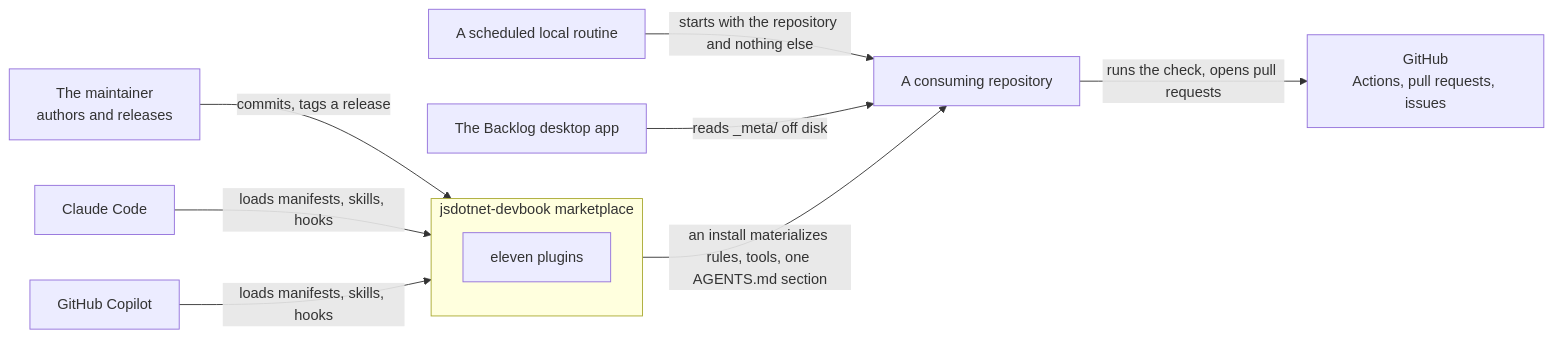
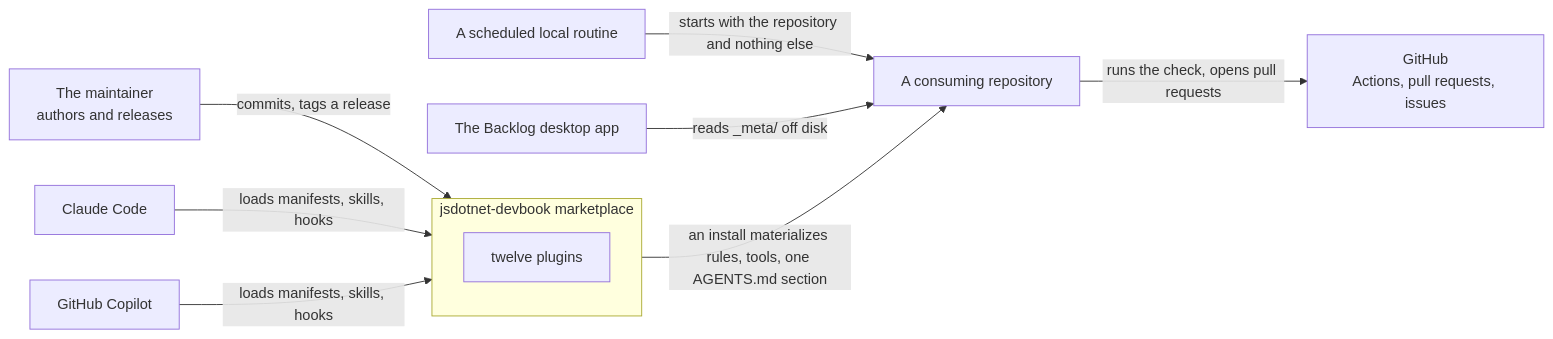
The diagram in .devbook/arc42/03-context-and-scope.md (JSdotNet/ai-agent-stack), drawn with Mermaid before and after one commit. The commit also changed other lines of this file and 9 other files, not shown here.

````diff
--- a/.devbook/arc42/03-context-and-scope.md
+++ b/.devbook/arc42/03-context-and-scope.md
@@ -20,21 +20,21 @@
 ```mermaid
 flowchart LR
     M["The maintainer<br/>authors and releases"]
     subgraph sys["jsdotnet-devbook marketplace"]
-        P["eleven plugins"]
+        P["twelve plugins"]
     end
     H1["Claude Code"]
     H2["GitHub Copilot"]
     R["A consuming repository"]
     GH["GitHub<br/>Actions, pull requests, issues"]
     CS["A scheduled local routine"]
     B["The Backlog desktop app"]
 
     M -->|"commits, tags a release"| sys
     H1 -->|"loads manifests, skills, hooks"| sys
     H2 -->|"loads manifests, skills, hooks"| sys
     sys -->|"an install materializes rules, tools, one AGENTS.md section"| R
     R -->|"runs the check, opens pull requests"| GH
     CS -->|"starts with the repository and nothing else"| R
     B -->|"reads _meta/ off disk"| R
 ```
````
